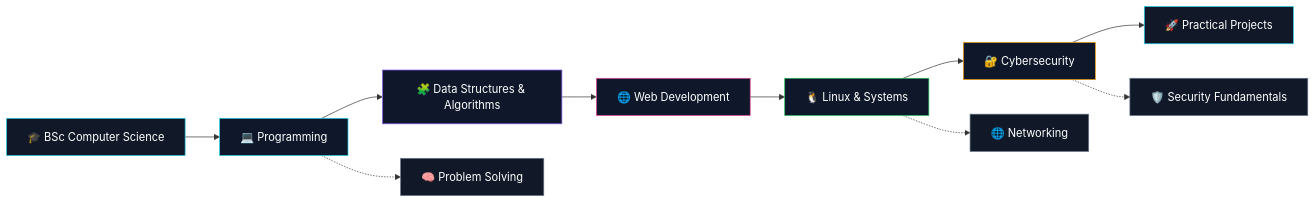
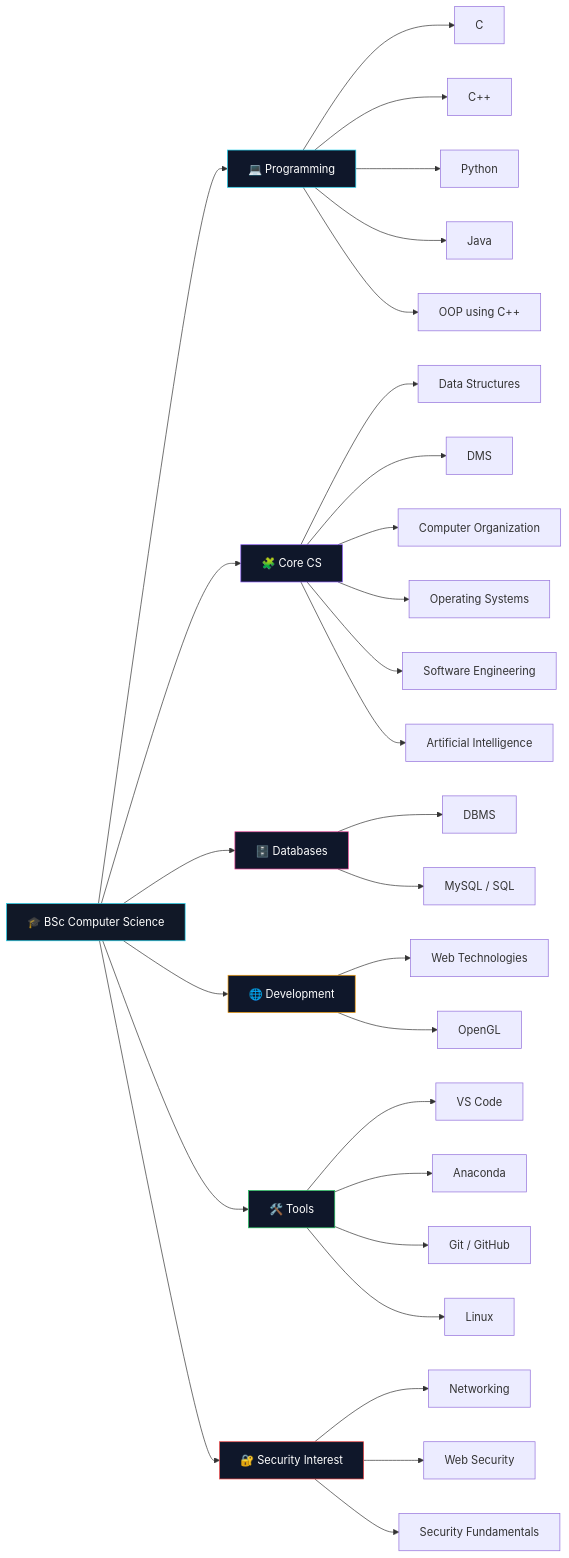
Before and after one commit to budheswarsoren/budheswarsoren: the diagram in README.md, drawn with Mermaid. The commit also changed other lines of this file, not shown here.

````diff
--- a/README.md
+++ b/README.md
@@ -217,24 +316,48 @@
 ```mermaid
 flowchart LR
-    A["🎓 BSc Computer Science"] --> B["💻 Programming"]
-    B --> C["🧩 Data Structures & Algorithms"]
-    C --> D["🌐 Web Development"]
-    D --> E["🐧 Linux & Systems"]
-    E --> F["🔐 Cybersecurity"]
-    F --> G["🚀 Practical Projects"]
 
-    B -.-> H["🧠 Problem Solving"]
-    E -.-> I["🌐 Networking"]
-    F -.-> J["🛡️ Security Fundamentals"]
+    A["🎓 BSc Computer Science"]
+
+    A --> B["💻 Programming"]
+    A --> C["🧩 Core CS"]
+    A --> D["🗄️ Databases"]
+    A --> E["🌐 Development"]
+    A --> F["🛠️ Tools"]
+    A --> G["🔐 Security Interest"]
+
+    B --> B1["C"]
+    B --> B2["C++"]
+    B --> B3["Python"]
+    B --> B4["Java"]
+    B --> B5["OOP using C++"]
+
+    C --> C1["Data Structures"]
+    C --> C2["DMS"]
+    C --> C3["Computer Organization"]
+    C --> C4["Operating Systems"]
+    C --> C5["Software Engineering"]
+    C --> C6["Artificial Intelligence"]
+
+    D --> D1["DBMS"]
+    D --> D2["MySQL / SQL"]
+
+    E --> E1["Web Technologies"]
+    E --> E2["OpenGL"]
+
+    F --> F1["VS Code"]
+    F --> F2["Anaconda"]
+    F --> F3["Git / GitHub"]
+    F --> F4["Linux"]
+
+    G --> G1["Networking"]
+    G --> G2["Web Security"]
+    G --> G3["Security Fundamentals"]
 
     style A fill:#111827,stroke:#22D3EE,color:#FFFFFF
     style B fill:#0F172A,stroke:#22D3EE,color:#FFFFFF
     style C fill:#0F172A,stroke:#8B5CF6,color:#FFFFFF
     style D fill:#0F172A,stroke:#EC4899,color:#FFFFFF
-    style E fill:#0F172A,stroke:#22C55E,color:#FFFFFF
-    style F fill:#0F172A,stroke:#F59E0B,color:#FFFFFF
-    style G fill:#111827,stroke:#22D3EE,color:#FFFFFF
-    style H fill:#111827,stroke:#64748B,color:#FFFFFF
-    style I fill:#111827,stroke:#64748B,color:#FFFFFF
-    style J fill:#111827,stroke:#64748B,color:#FFFFFF
+    style E fill:#0F172A,stroke:#F59E0B,color:#FFFFFF
+    style F fill:#0F172A,stroke:#22C55E,color:#FFFFFF
+    style G fill:#0F172A,stroke:#EF4444,color:#FFFFFF
 ```
````
